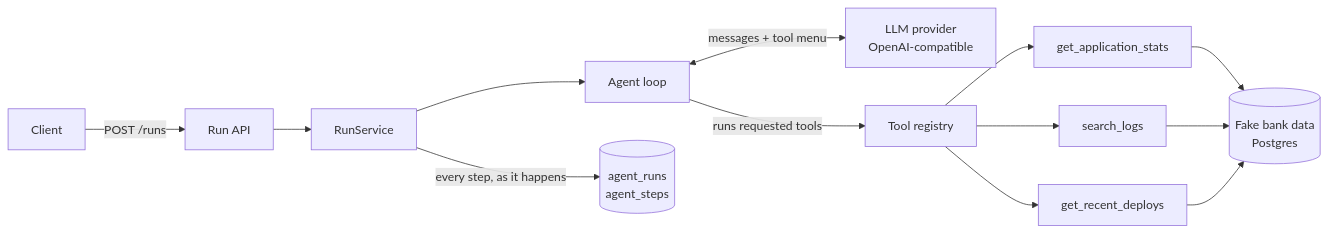
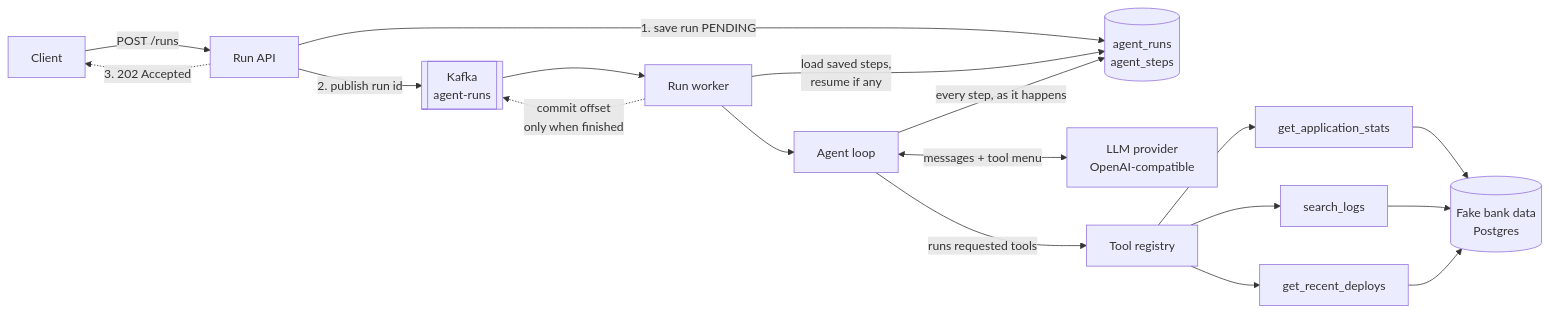
Before and after one commit to divyaa30/agent-harness: the diagram in README.md, drawn with Mermaid. The commit also changed other lines of this file, not shown here.

Commit message:
Update README for asynchronous runs and crash recovery

````diff
--- a/README.md
+++ b/README.md
@@ -43,13 +45,18 @@
 ```mermaid
 flowchart LR
     U[Client] -->|POST /runs| API[Run API]
-    API --> RS[RunService]
-    RS --> LOOP[Agent loop]
+    API -->|1. save run PENDING| DB[(agent_runs<br/>agent_steps)]
+    API -->|2. publish run id| K[[Kafka<br/>agent-runs]]
+    API -.->|3. 202 Accepted| U
+    K --> W[Run worker]
+    W -->|load saved steps,<br/>resume if any| DB
+    W --> LOOP[Agent loop]
     LOOP <-->|messages + tool menu| LLM[LLM provider<br/>OpenAI-compatible]
     LOOP -->|runs requested tools| TR[Tool registry]
     TR --> T1[get_application_stats]
     TR --> T2[search_logs]
     TR --> T3[get_recent_deploys]
     T1 & T2 & T3 --> BANK[(Fake bank data<br/>Postgres)]
-    RS -->|every step, as it happens| DB[(agent_runs<br/>agent_steps)]
+    LOOP -->|every step, as it happens| DB
+    W -.->|commit offset<br/>only when finished| K
 ```
````
